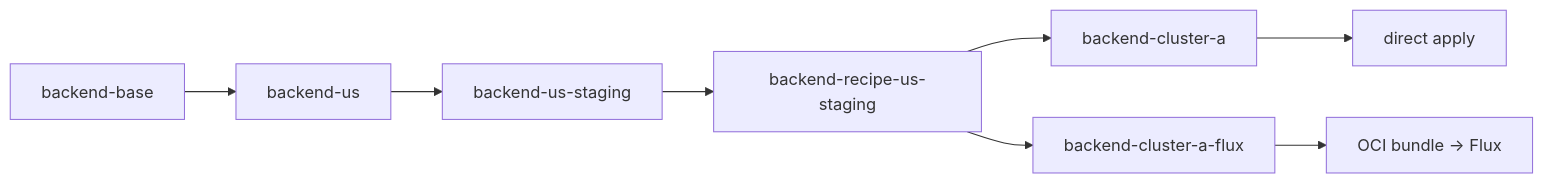
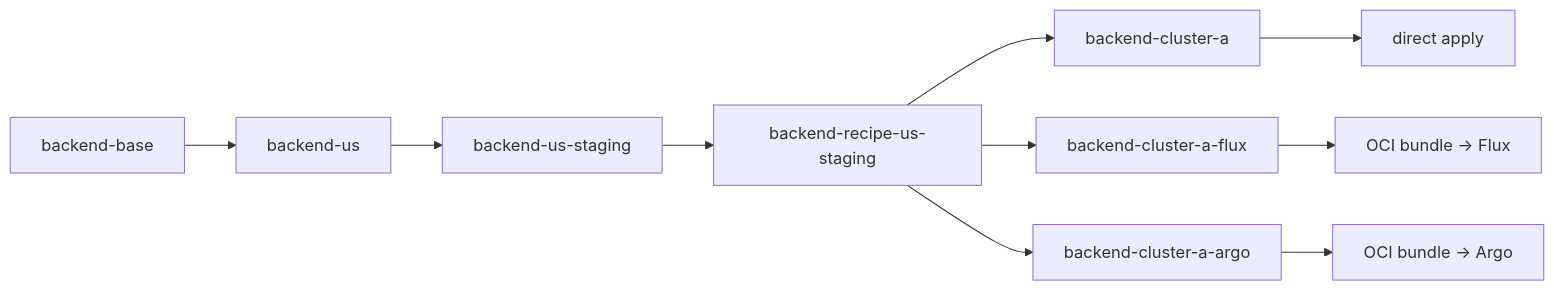
One commit to confighub/examples changed the diagram in incubator/global-app-layer/single-component/README.md. Above: the diagram before and after it, drawn with Mermaid. The commit also changed other lines of this file and 15 other files, not shown here.

````diff
--- a/incubator/global-app-layer/single-component/README.md
+++ b/incubator/global-app-layer/single-component/README.md
@@ -97,10 +98,12 @@
 ```mermaid
 flowchart LR
   Base["backend-base"] --> Region["backend-us"]
   Region --> Role["backend-us-staging"]
   Role --> Recipe["backend-recipe-us-staging"]
   Recipe --> DirectDeploy["backend-cluster-a"]
   Recipe --> FluxDeploy["backend-cluster-a-flux"]
+  Recipe --> ArgoDeploy["backend-cluster-a-argo"]
   DirectDeploy --> DirectBundle["direct apply"]
   FluxDeploy --> FluxBundle["OCI bundle → Flux"]
+  ArgoDeploy --> ArgoBundle["OCI bundle → Argo"]
 ```
````
